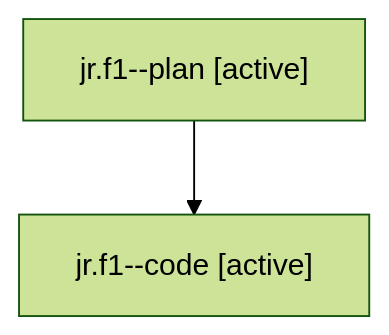
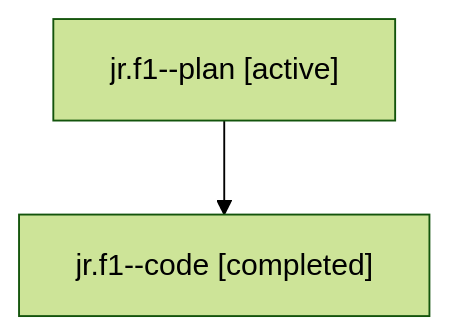
The diagram in families/bbugyi200.athena.jr.f1.md (bobs-org/bob-cli--agents), drawn with Mermaid (forest theme) before and after one commit. The commit also changed other lines of this file and 2106 other files, not shown here.

````diff
--- a/families/bbugyi200.athena.jr.f1.md
+++ b/families/bbugyi200.athena.jr.f1.md
@@ -7,6 +9,6 @@
 ```mermaid
 flowchart TD
   n0["jr.f1--plan [active]"]
-  n1["jr.f1--code [active]"]
+  n1["jr.f1--code [completed]"]
   n0 --> n1
 ```
````
